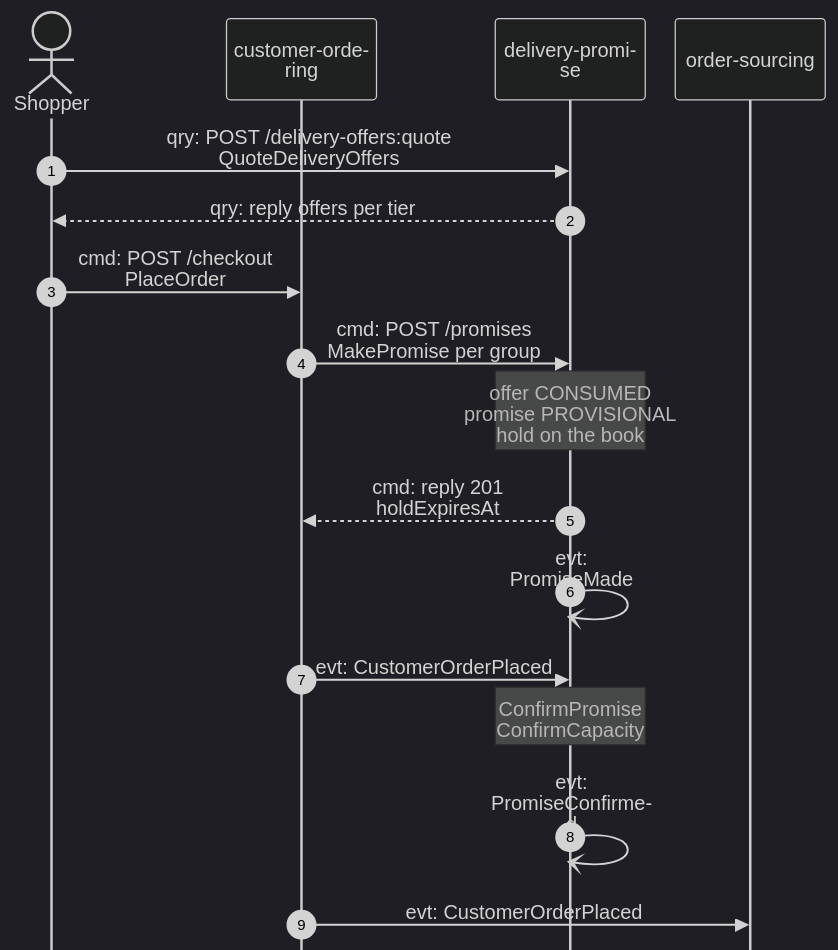
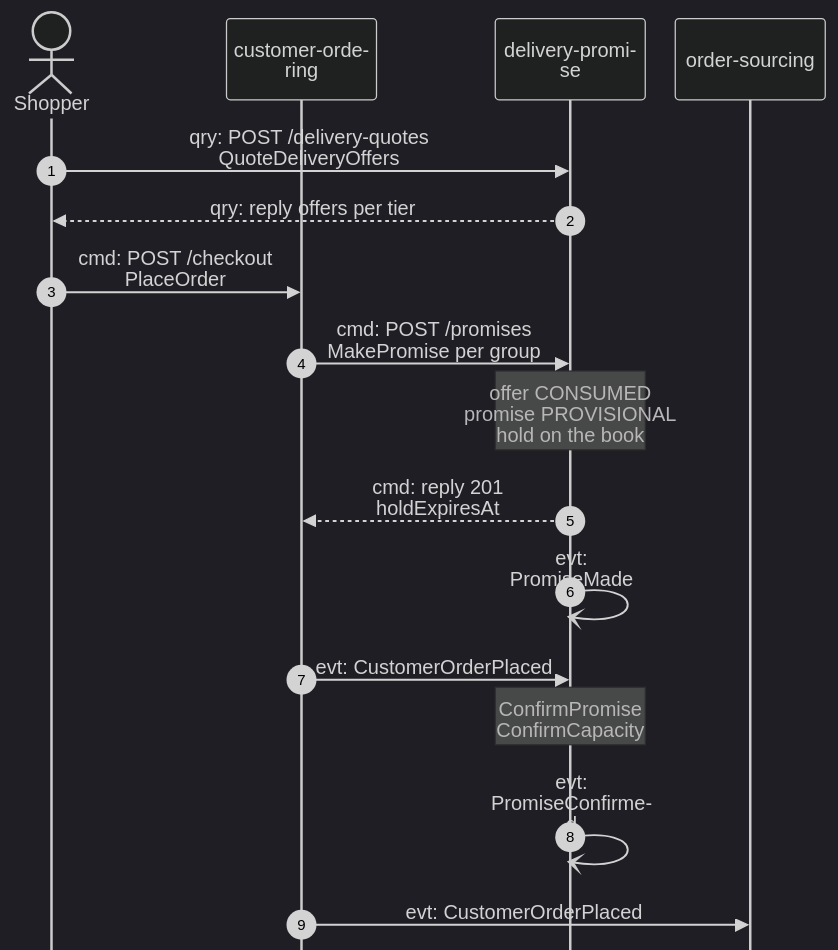
One commit to IQVO/warehouse-docs changed the first of 6 diagrams in network/docs/contexts/delivery-promise/domain-message-flow.md. Above: the diagram before and after it, drawn with Mermaid (dark theme). The commit also changed other lines of this file and 272 other files, not shown here.

````diff
--- a/network/docs/contexts/delivery-promise/domain-message-flow.md
+++ b/network/docs/contexts/delivery-promise/domain-message-flow.md
@@ -28,20 +28,20 @@
 ```mermaid
 %%{init: {"sequence": {"wrap": true, "width": 120, "actorMargin": 24, "messageMargin": 28, "boxMargin": 6, "noteMargin": 6, "mirrorActors": false}}}%%
 sequenceDiagram
     autonumber
     actor SH as Shopper
     participant CO as customer-ordering
     participant DP as delivery-promise
     participant OS as order-sourcing
-    SH->>DP: qry: POST /delivery-offers:quote<br/>QuoteDeliveryOffers
+    SH->>DP: qry: POST /delivery-quotes<br/>QuoteDeliveryOffers
     DP-->>SH: qry: reply offers per tier
     SH->>CO: cmd: POST /checkout<br/>PlaceOrder
     CO->>DP: cmd: POST /promises<br/>MakePromise per group
     Note over DP: offer CONSUMED<br/>promise PROVISIONAL<br/>hold on the book
     DP-->>CO: cmd: reply 201<br/>holdExpiresAt
     DP-)DP: evt: PromiseMade
     CO->>DP: evt: CustomerOrderPlaced
     Note over DP: ConfirmPromise<br/>ConfirmCapacity
     DP-)DP: evt: PromiseConfirmed
     CO->>OS: evt: CustomerOrderPlaced
 ```
````
